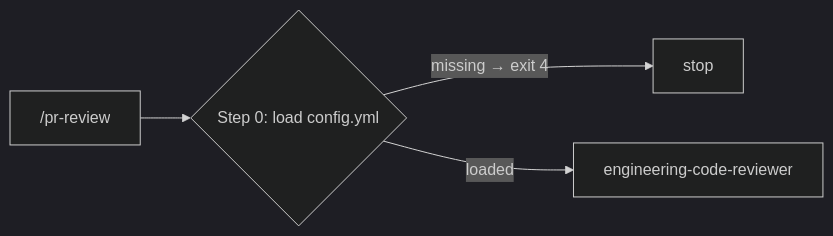
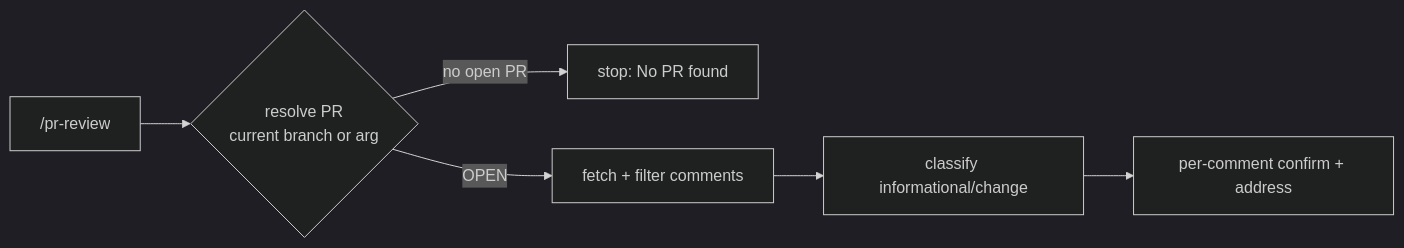
The tenth of 14 diagrams in docs/workflow-diagram.md (AlarQ/SDD-hub), drawn with Mermaid (dark theme) before and after one commit. The commit also changed other lines of this file and 5 other files, not shown here.

````diff
--- a/docs/workflow-diagram.md
+++ b/docs/workflow-diagram.md
@@ -398,6 +402,8 @@
 ```mermaid
 graph LR
-    PRR["/pr-review"] --> CFG0{Step 0: load config.yml}
-    CFG0 -->|missing → exit 4| STOP_PRR[stop]
-    CFG0 -->|loaded| CR[engineering-code-reviewer]
+    PRR["/pr-review"] --> RESOLVE{resolve PR<br/>current branch or arg}
+    RESOLVE -->|no open PR| STOP_PRR[stop: No PR found]
+    RESOLVE -->|OPEN| FETCH[fetch + filter comments]
+    FETCH --> CLS[classify informational/change]
+    CLS --> LOOP[per-comment confirm + address]
 ```
````
